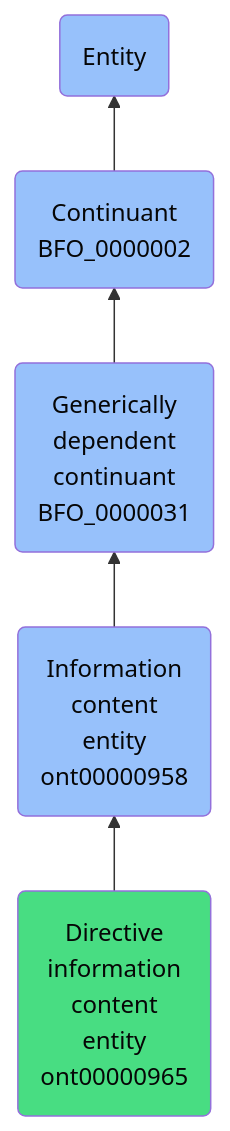
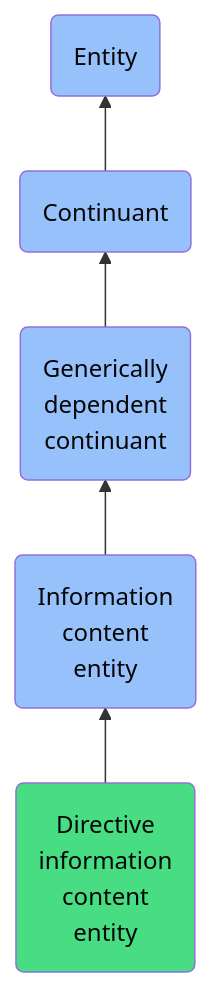
The diagram in docs/ontology/reference/model/Entity/Continuant/Generically dependent continuant/Information content entity/Directive information content entity/Directive information content entity.md (jupyter-naas/abi), drawn with Mermaid before and after one commit. The commit also changed other lines of this file and 1430 other files, not shown here.

````diff
--- a/docs/ontology/reference/model/Entity/Continuant/Generically dependent continuant/Information content entity/Directive information content entity/Directive information content entity.md
+++ b/docs/ontology/reference/model/Entity/Continuant/Generically dependent continuant/Information content entity/Directive information content entity/Directive information content entity.md
@@ -24,12 +24,12 @@
 ```mermaid
 graph BT
-    ont00000965(Directive<br>information<br>content<br>entity<br>ont00000965):::ABI-->ont00000958
-    ont00000958(Information<br>content<br>entity<br>ont00000958):::BFO-->BFO_0000031
-    BFO_0000031(Generically<br>dependent<br>continuant<br>BFO_0000031):::BFO-->BFO_0000002
-    BFO_0000002(Continuant<br>BFO_0000002):::BFO-->BFO_0000001
+    ont00000965(Directive<br>information<br>content<br>entity):::ABI-->ont00000958
+    ont00000958(Information<br>content<br>entity):::BFO-->BFO_0000031
+    BFO_0000031(Generically<br>dependent<br>continuant):::BFO-->BFO_0000002
+    BFO_0000002(Continuant):::BFO-->BFO_0000001
     BFO_0000001(Entity):::BFO
     
     classDef BFO fill:#97c1fb,color:#060606
     classDef CCO fill:#e4c51e,color:#060606
     classDef ABI fill:#48DD82,color:#060606
 ```
````
